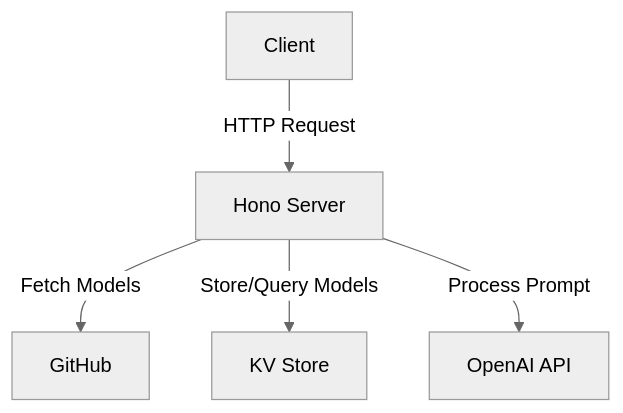
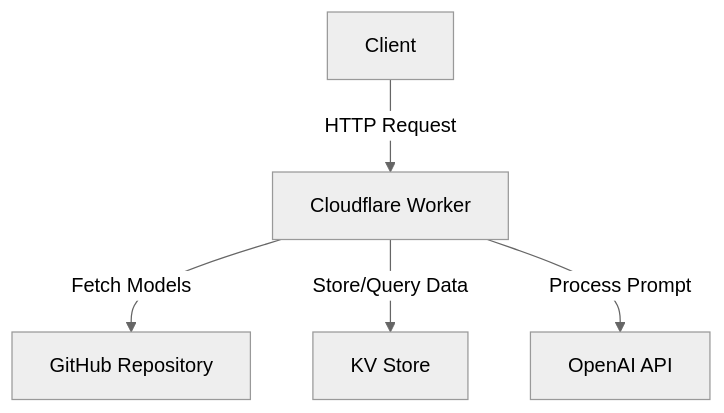
Before and after one commit to reeawnc/cloudflare: the first of 2 diagrams in apps/model-scraper/README.md, drawn with Mermaid (neutral theme). The commit also changed other lines of this file and 18 other files, not shown here.

````diff
--- a/apps/model-scraper/README.md
+++ b/apps/model-scraper/README.md
@@ -71,7 +66,7 @@
 ```mermaid
 graph TD;
-    A[Client] -->|HTTP Request| B[Hono Server]
-    B -->|Fetch Models| C[GitHub]
-    B -->|Store/Query Models| D[KV Store]
+    A[Client] -->|HTTP Request| B[Cloudflare Worker]
+    B -->|Fetch Models| C[GitHub Repository]
+    B -->|Store/Query Data| D[KV Store]
     B -->|Process Prompt| E[OpenAI API]
 ```
````
